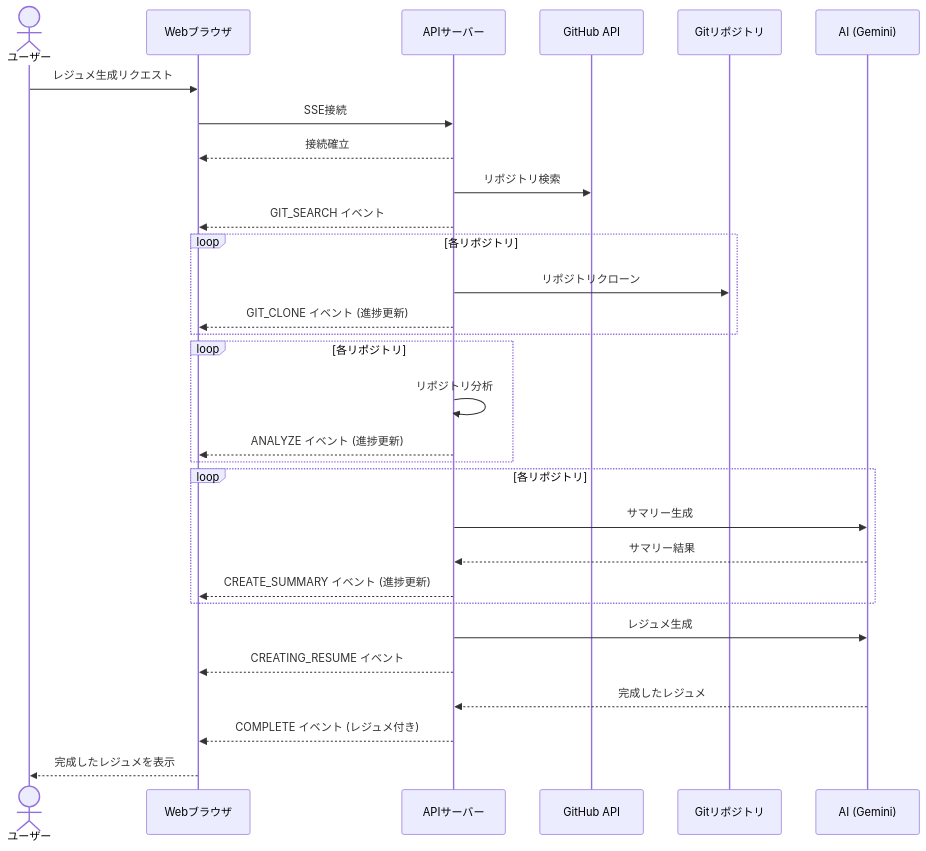
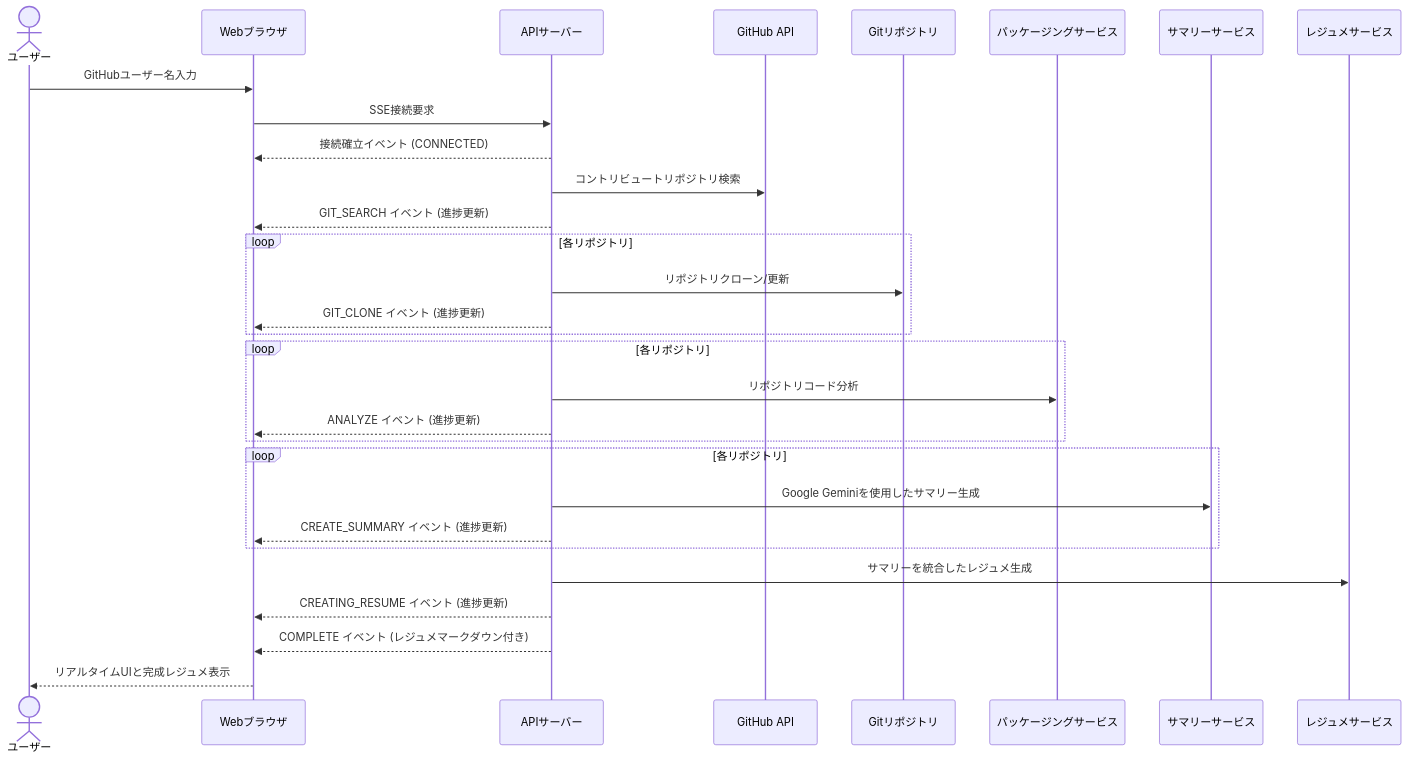
One commit to ToyB0x/git-resume changed the third of 3 diagrams in docs/architecture/overview.md. Above: the diagram before and after it, drawn with Mermaid. The commit also changed other lines of this file and 2 other files, not shown here.

````diff
--- a/docs/architecture/overview.md
+++ b/docs/architecture/overview.md
@@ -90,40 +90,40 @@
 ```mermaid
 sequenceDiagram
     actor User as ユーザー
     participant Web as Webブラウザ
     participant API as APIサーバー
     participant GitHub as GitHub API
     participant Git as Gitリポジトリ
-    participant AI as AI (Gemini)
+    participant Pack as パッケージングサービス
+    participant Summary as サマリーサービス
+    participant Resume as レジュメサービス
     
-    User->>Web: レジュメ生成リクエスト
-    Web->>API: SSE接続
-    API-->>Web: 接続確立
+    User->>Web: GitHubユーザー名入力
+    Web->>API: SSE接続要求
+    API-->>Web: 接続確立イベント (CONNECTED)
     
-    API->>GitHub: リポジトリ検索
-    API-->>Web: GIT_SEARCH イベント
+    API->>GitHub: コントリビュートリポジトリ検索
+    API-->>Web: GIT_SEARCH イベント (進捗更新)
     
     loop 各リポジトリ
-        API->>Git: リポジトリクローン
+        API->>Git: リポジトリクローン/更新
         API-->>Web: GIT_CLONE イベント (進捗更新)
     end
     
     loop 各リポジトリ
-        API->>API: リポジトリ分析
+        API->>Pack: リポジトリコード分析
         API-->>Web: ANALYZE イベント (進捗更新)
     end
     
     loop 各リポジトリ
-        API->>AI: サマリー生成
-        AI-->>API: サマリー結果
+        API->>Summary: Google Geminiを使用したサマリー生成
         API-->>Web: CREATE_SUMMARY イベント (進捗更新)
     end
     
-    API->>AI: レジュメ生成
-    API-->>Web: CREATING_RESUME イベント
+    API->>Resume: サマリーを統合したレジュメ生成
+    API-->>Web: CREATING_RESUME イベント (進捗更新)
     
-    AI-->>API: 完成したレジュメ
-    API-->>Web: COMPLETE イベント (レジュメ付き)
+    API-->>Web: COMPLETE イベント (レジュメマークダウン付き)
     
-    Web-->>User: 完成したレジュメを表示
+    Web-->>User: リアルタイムUIと完成レジュメ表示
 ```
````
